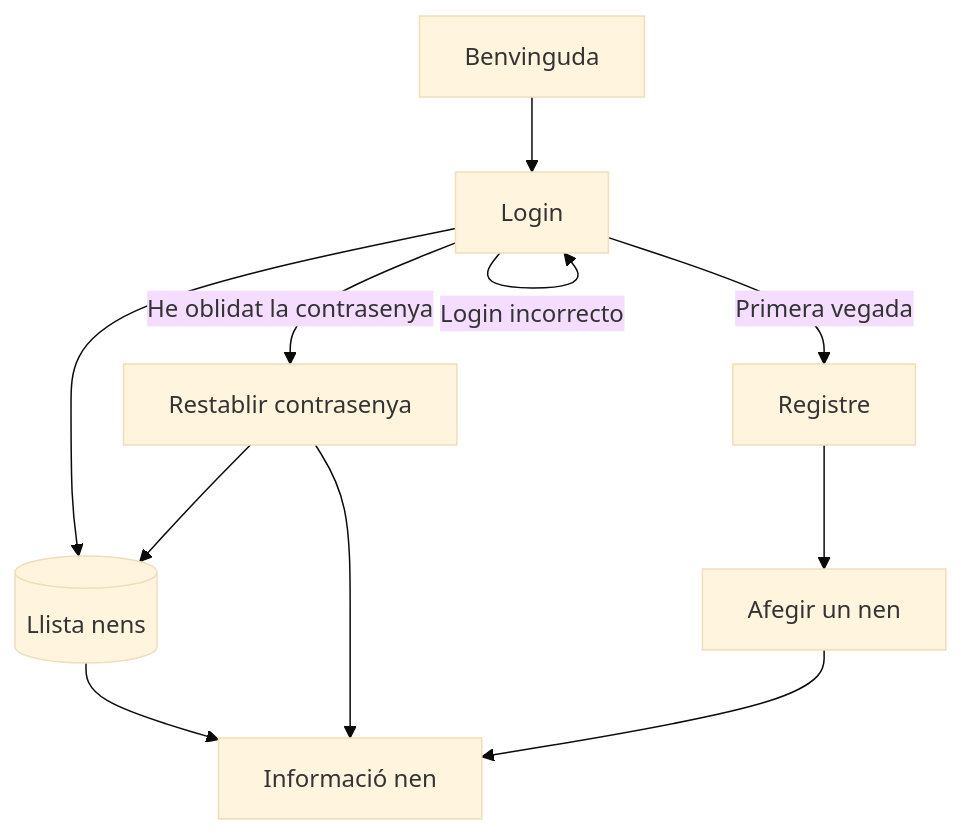
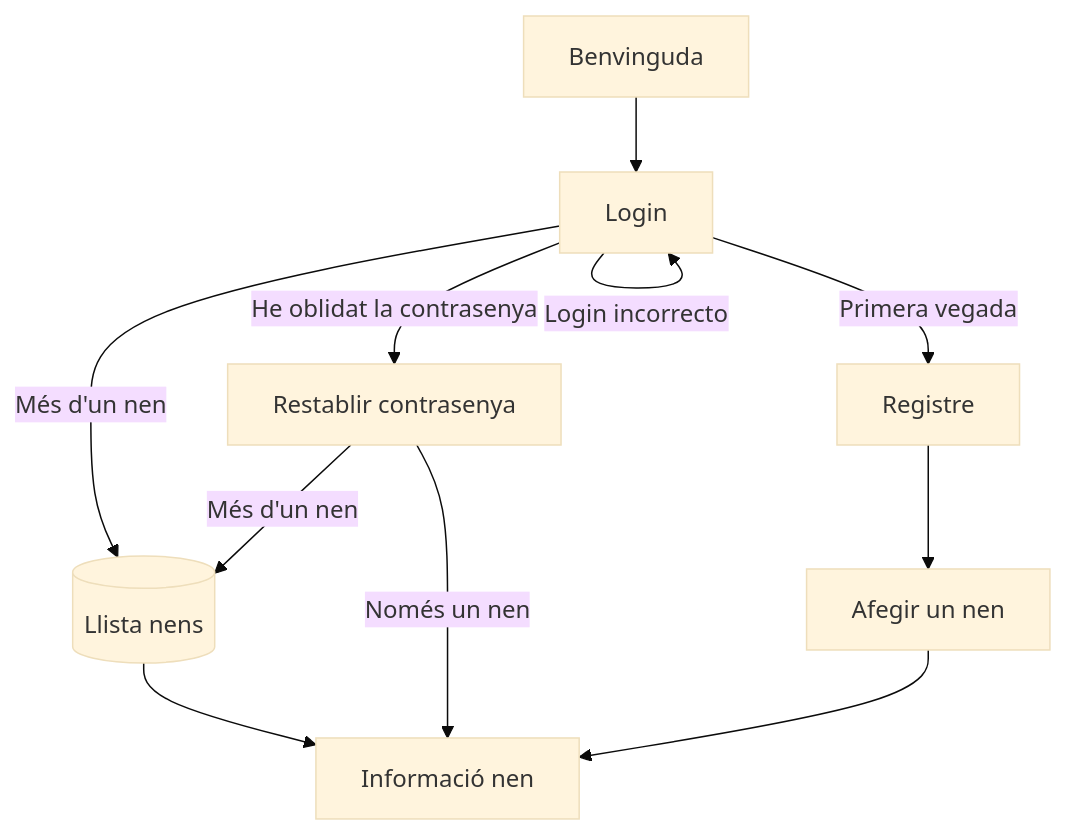
The diagram in charts/wireframe.mermaid (dnwits/TapatApp), drawn with Mermaid (base theme) before and after one commit.

Commit message:
chart coments

```diff
--- a/charts/wireframe.mermaid
+++ b/charts/wireframe.mermaid
@@ -1,38 +1,36 @@
 flowchart TD
     A[Benvinguda] --> B[Login]
     %% Comentarios explicativos para Login %%
     %% || Pantalla: Login ||  
     %% || Inputs: Usuari (email o username) i Contrasenya ||
     %% || Botó: "Iniciar sessió", "Registrar-se", "He oblidat la contrasenya" ||
+    
     B-->|Login incorrecto| B
-    B --> D[(Llista nens)] 
-    %%C[Validar credencials]
-    %%C -->|Correctes i es té més d'1 nen a càrrec| D[(Llista nens)]
+    B -->|Més d'un nen| D[(Llista nens)] 
     %% || Pantalla: Llista nens ||
     %% || Mostra els nens assignats al cuidador ||
     %% || Opcions: Seleccionar nen || Botó: "Afegir un nen nou" ||
 
     D --> E[Informació nen]
     %% || Pantalla: Informació nen ||
     %% || Mostra el registre de temps amb el pegat del nen ||
     %% || Opcions: Editar informació, afegir temps || Botó: "Tornar" ||
 
     B -->|Primera vegada| F[Registre]
     %% || Pantalla: Registre ||
     %% || Formulari amb camps: Nom, Usuari, Email, Contrasenya ||
     %% || Botó: "Registrar-se" ||
 
     F --> G[Afegir un nen]
     %% || Pantalla: Afegir un nen ||
     %% || Formulari amb camps: Nom del nen, Edat ||
     %% || Botó: "Afegir" ||
 
     B -->|He oblidat la contrasenya| H[Restablir contrasenya]
     %% || Pantalla: Restablir contrasenya ||
     %% || Formulari amb camp: Email ||
     %% || Botó: "Enviar enllaç de restabliment" ||
     
-    H --> E
-    H --> D
-    %%G --> D
+    H -->|Només un nen| E
+    H -->|Més d'un nen| D
     G --> E
```
